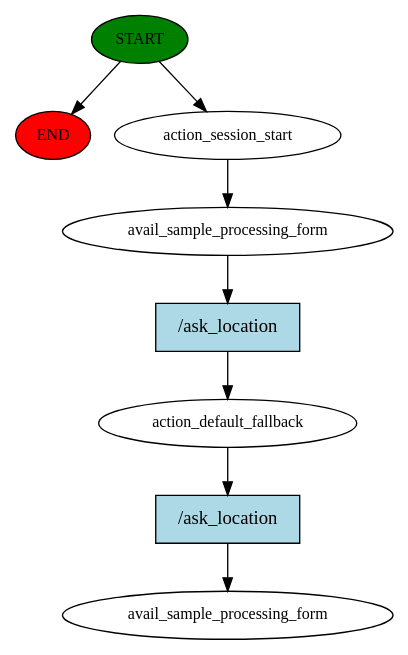
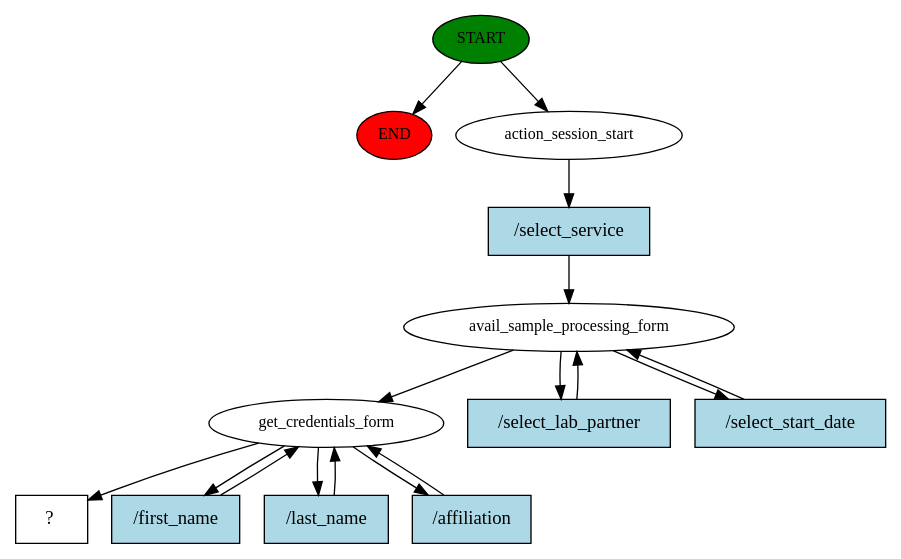
One commit to kazeulo/TUKIB changed the diagram in LIRA Chatbot/story_graph.dot. Above: the diagram before and after it, drawn with Graphviz. The commit also changed 832 other files, not shown here.

```diff
--- a/LIRA Chatbot/story_graph.dot
+++ b/LIRA Chatbot/story_graph.dot
@@ -1,17 +1,30 @@
 digraph  {
 0 [class="start active", fillcolor=green, fontsize=12, label=START, style=filled];
 "-1" [class=end, fillcolor=red, fontsize=12, label=END, style=filled];
 1 [class=active, fontsize=12, label=action_session_start];
 2 [class=active, fontsize=12, label=avail_sample_processing_form];
-3 [class=active, fontsize=12, label=action_default_fallback];
-4 [class="dashed active", fontsize=12, label=avail_sample_processing_form];
-5 [class="intent active", fillcolor=lightblue, label="/ask_location", shape=rect, style=filled];
-6 [class="intent active", fillcolor=lightblue, label="/ask_location", shape=rect, style=filled];
+5 [class=active, fontsize=12, label=get_credentials_form];
+9 [class="intent dashed active", label="  ?  ", shape=rect];
+10 [class="intent active", fillcolor=lightblue, label="/select_service", shape=rect, style=filled];
+11 [class="intent active", fillcolor=lightblue, label="/select_lab_partner", shape=rect, style=filled];
+12 [class="intent active", fillcolor=lightblue, label="/select_start_date", shape=rect, style=filled];
+13 [class="intent active", fillcolor=lightblue, label="/first_name", shape=rect, style=filled];
+14 [class="intent active", fillcolor=lightblue, label="/last_name", shape=rect, style=filled];
+15 [class="intent active", fillcolor=lightblue, label="/affiliation", shape=rect, style=filled];
 0 -> "-1"  [class="", key=NONE, label=""];
 0 -> 1  [class=active, key=NONE, label=""];
-1 -> 2  [class=active, key=NONE, label=""];
-2 -> 5  [class=active, key=0];
-3 -> 6  [class=active, key=0];
-5 -> 3  [class=active, key=0];
-6 -> 4  [class=active, key=0];
+1 -> 10  [class=active, key=0];
+2 -> 5  [class=active, key=NONE, label=""];
+2 -> 11  [class=active, key=0];
+2 -> 12  [class=active, key=0];
+5 -> 9  [class=active, key=NONE, label=""];
+5 -> 13  [class=active, key=0];
+5 -> 14  [class=active, key=0];
+5 -> 15  [class=active, key=0];
+10 -> 2  [class=active, key=0];
+11 -> 2  [class=active, key=0];
+12 -> 2  [class=active, key=0];
+13 -> 5  [class=active, key=0];
+14 -> 5  [class=active, key=0];
+15 -> 5  [class=active, key=0];
 }
```
